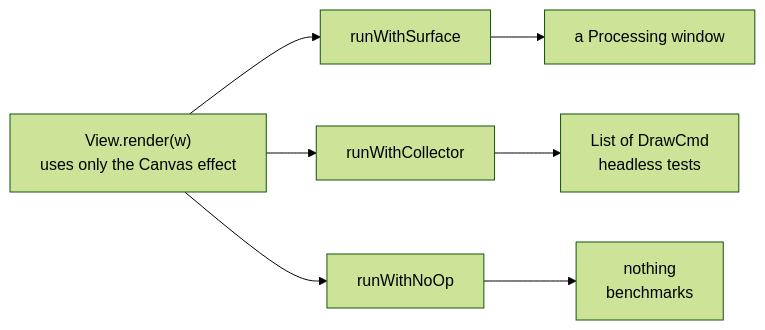
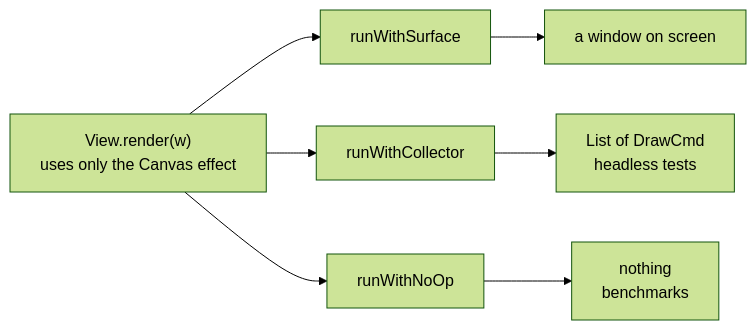
One commit to wstein/flix-invaders changed the sixth of 6 diagrams in README.md. Above: the diagram before and after it, drawn with Mermaid (forest theme). The commit also changed other lines of this file and 6 other files, not shown here.

````diff
--- a/README.md
+++ b/README.md
@@ -252,10 +255,10 @@
 ```mermaid
 flowchart LR
     R["View.render(w)<br/>uses only the Canvas effect"]
     R --> H1["runWithSurface"]
     R --> H2["runWithCollector"]
     R --> H3["runWithNoOp"]
-    H1 --> O1["a Processing window"]
+    H1 --> O1["a window on screen"]
     H2 --> O2["List of DrawCmd<br/>headless tests"]
     H3 --> O3["nothing<br/>benchmarks"]
 ```
````
